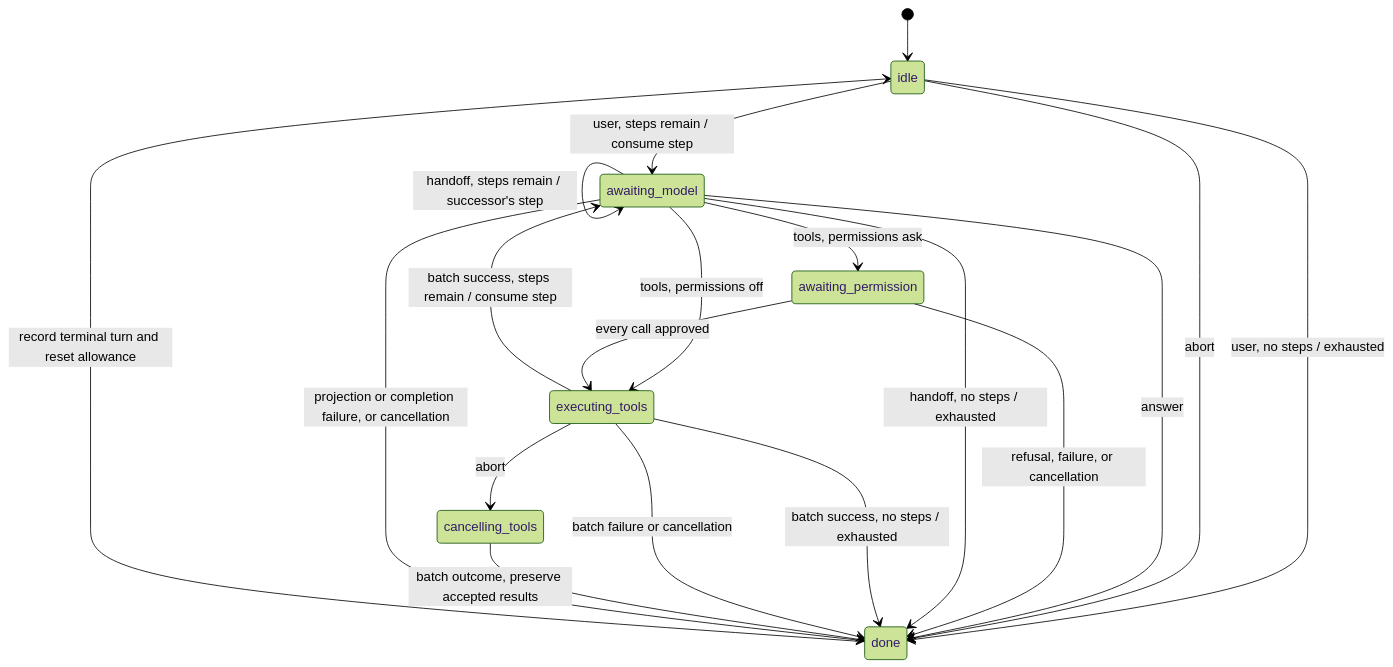
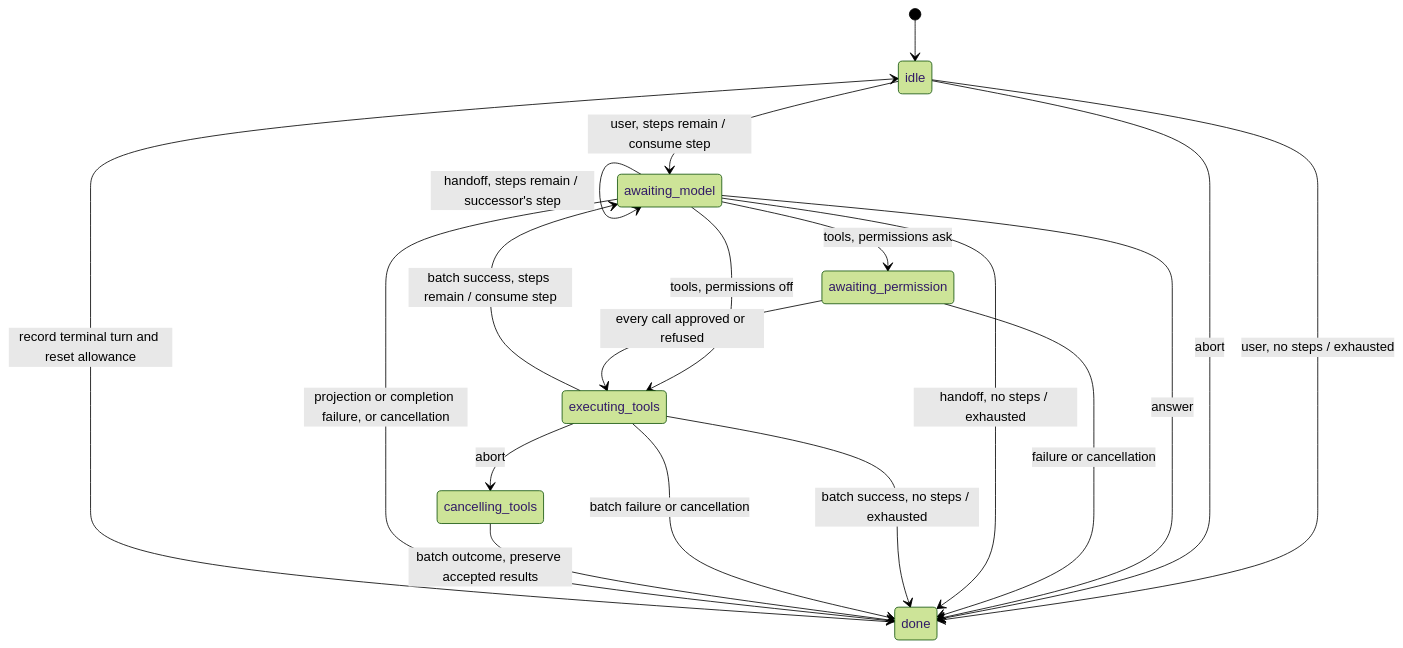
Before and after one commit to danbarua/labkit-agent: the first of 4 diagrams in docs/agent-flow-diagrams.md, drawn with Mermaid (forest theme). The commit also changed other lines of this file and 10 other files, not shown here.

````diff
--- a/docs/agent-flow-diagrams.md
+++ b/docs/agent-flow-diagrams.md
@@ -10,21 +10,21 @@
 ```mermaid
 stateDiagram-v2
   [*] --> idle
   idle --> awaiting_model: user, steps remain / consume step
   idle --> done: user, no steps / exhausted
   idle --> done: abort
   awaiting_model --> done: answer
   awaiting_model --> awaiting_permission: tools, permissions ask
   awaiting_model --> executing_tools: tools, permissions off
-  awaiting_permission --> executing_tools: every call approved
-  awaiting_permission --> done: refusal, failure, or cancellation
+  awaiting_permission --> executing_tools: every call approved or refused
+  awaiting_permission --> done: failure or cancellation
   awaiting_model --> awaiting_model: handoff, steps remain / successor's step
   awaiting_model --> done: handoff, no steps / exhausted
   executing_tools --> awaiting_model: batch success, steps remain / consume step
   executing_tools --> done: batch success, no steps / exhausted
   executing_tools --> done: batch failure or cancellation
   executing_tools --> cancelling_tools: abort
   cancelling_tools --> done: batch outcome, preserve accepted results
   awaiting_model --> done: projection or completion failure, or cancellation
   done --> idle: record terminal turn and reset allowance
 ```
````
